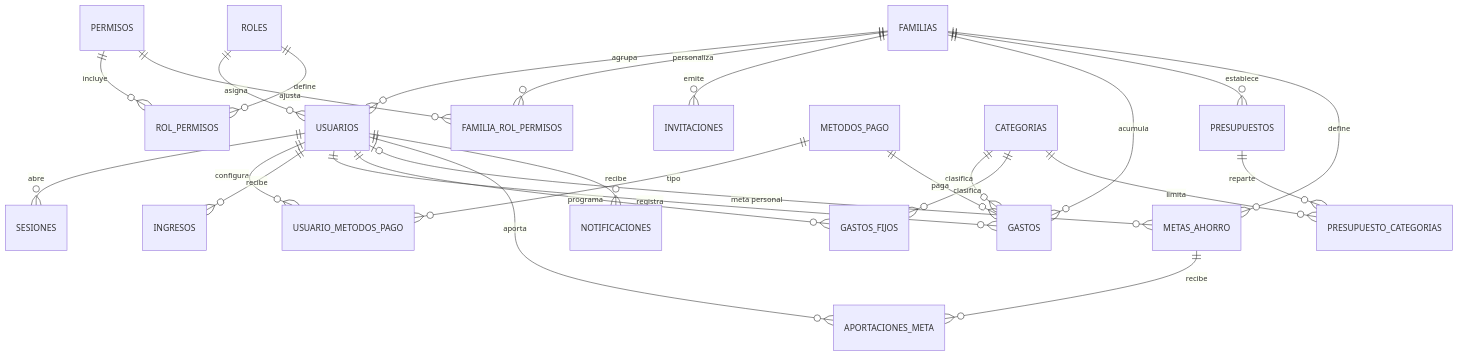
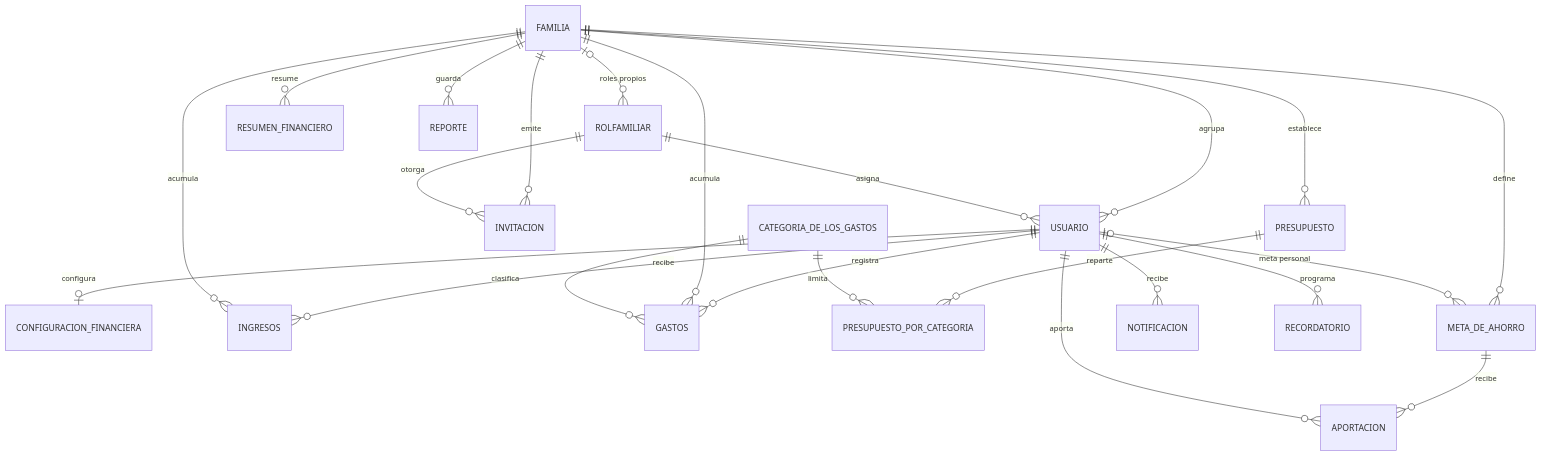
Before and after one commit to jorgealvarezmanilla7838-svg/Famify-app: the first of 2 diagrams in docs/diagramas.md, drawn with Mermaid. The commit also changed other lines of this file and 25 other files, not shown here.

````diff
--- a/docs/diagramas.md
+++ b/docs/diagramas.md
@@ -5,28 +7,25 @@
 ```mermaid
 erDiagram
-  FAMILIAS ||--o{ USUARIOS : agrupa
-  ROLES ||--o{ USUARIOS : asigna
-  ROLES ||--o{ ROL_PERMISOS : define
-  PERMISOS ||--o{ ROL_PERMISOS : incluye
-  FAMILIAS ||--o{ FAMILIA_ROL_PERMISOS : personaliza
-  PERMISOS ||--o{ FAMILIA_ROL_PERMISOS : ajusta
-  FAMILIAS ||--o{ INVITACIONES : emite
-  USUARIOS ||--o{ SESIONES : abre
-  USUARIOS ||--o{ USUARIO_METODOS_PAGO : configura
-  METODOS_PAGO ||--o{ USUARIO_METODOS_PAGO : tipo
-  USUARIOS ||--o{ INGRESOS : recibe
-  USUARIOS ||--o{ GASTOS : registra
-  FAMILIAS ||--o{ GASTOS : acumula
-  CATEGORIAS ||--o{ GASTOS : clasifica
-  METODOS_PAGO ||--o{ GASTOS : paga
-  USUARIOS ||--o{ GASTOS_FIJOS : programa
-  CATEGORIAS ||--o{ GASTOS_FIJOS : clasifica
-  FAMILIAS ||--o{ PRESUPUESTOS : establece
-  PRESUPUESTOS ||--o{ PRESUPUESTO_CATEGORIAS : reparte
-  CATEGORIAS ||--o{ PRESUPUESTO_CATEGORIAS : limita
-  FAMILIAS ||--o{ METAS_AHORRO : define
-  USUARIOS |o--o{ METAS_AHORRO : "meta personal"
-  METAS_AHORRO ||--o{ APORTACIONES_META : recibe
-  USUARIOS ||--o{ APORTACIONES_META : aporta
-  USUARIOS ||--o{ NOTIFICACIONES : recibe
+  FAMILIA ||--o{ USUARIO : agrupa
+  ROLFAMILIAR ||--o{ USUARIO : asigna
+  FAMILIA |o--o{ ROLFAMILIAR : "roles propios"
+  FAMILIA ||--o{ INVITACION : emite
+  ROLFAMILIAR ||--o{ INVITACION : otorga
+  USUARIO ||--o| CONFIGURACION_FINANCIERA : configura
+  USUARIO ||--o{ INGRESOS : recibe
+  FAMILIA ||--o{ INGRESOS : acumula
+  USUARIO ||--o{ GASTOS : registra
+  FAMILIA ||--o{ GASTOS : acumula
+  CATEGORIA_DE_LOS_GASTOS ||--o{ GASTOS : clasifica
+  FAMILIA ||--o{ PRESUPUESTO : establece
+  PRESUPUESTO ||--o{ PRESUPUESTO_POR_CATEGORIA : reparte
+  CATEGORIA_DE_LOS_GASTOS ||--o{ PRESUPUESTO_POR_CATEGORIA : limita
+  FAMILIA ||--o{ META_DE_AHORRO : define
+  USUARIO |o--o{ META_DE_AHORRO : "meta personal"
+  META_DE_AHORRO ||--o{ APORTACION : recibe
+  USUARIO ||--o{ APORTACION : aporta
+  USUARIO ||--o{ NOTIFICACION : recibe
+  USUARIO ||--o{ RECORDATORIO : programa
+  FAMILIA ||--o{ RESUMEN_FINANCIERO : resume
+  FAMILIA ||--o{ REPORTE : guarda
 ```
````
